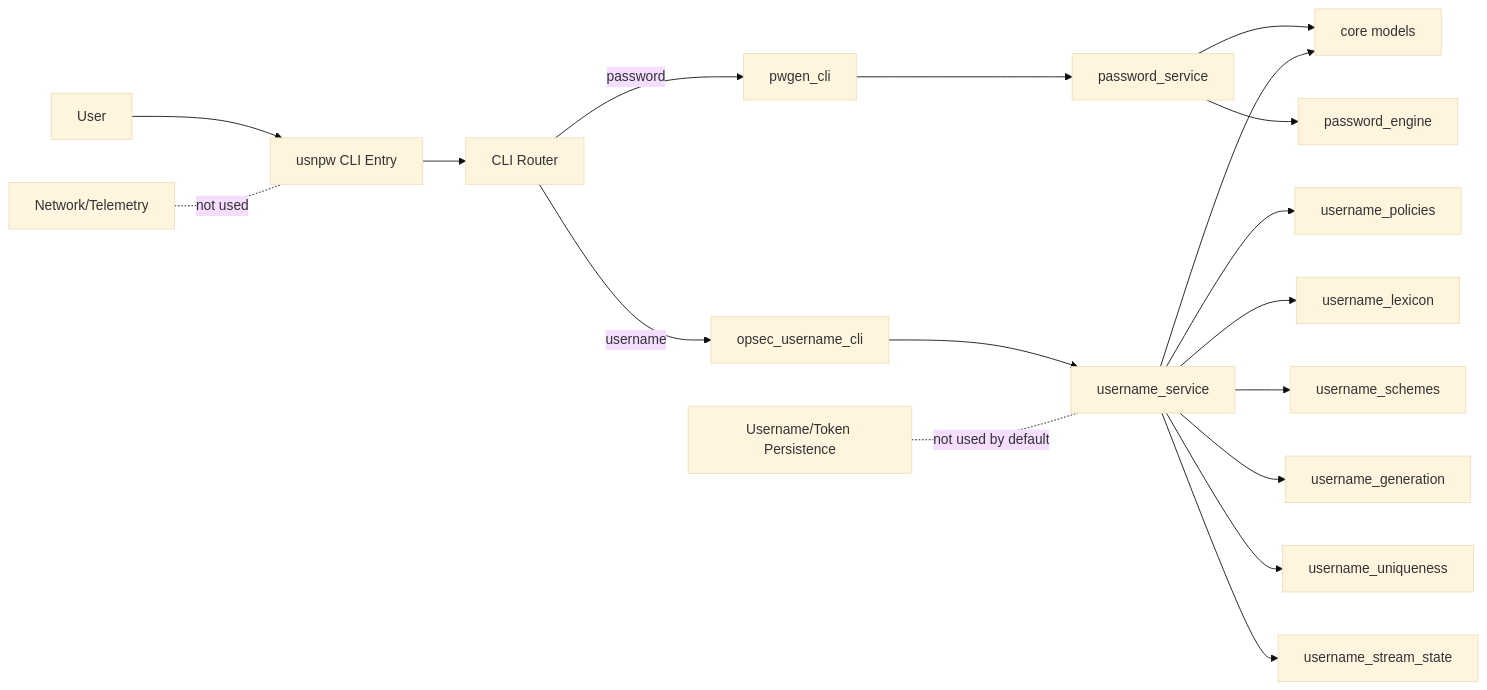
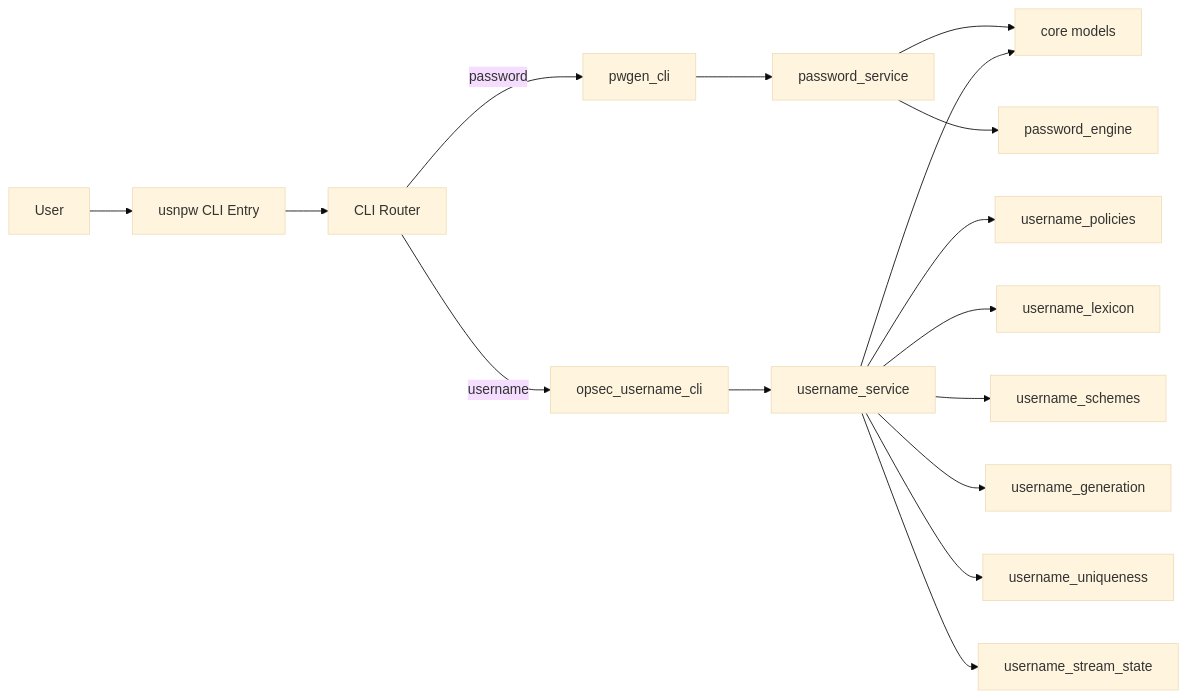
One commit to csysp/usnpw changed the diagram in docs/ARCHITECTURE.md. Above: the diagram before and after it, drawn with Mermaid (base theme).

Commit message:
Update architecture documentation to remove unused components
Removed unused components from architecture diagram.

````diff
--- a/docs/ARCHITECTURE.md
+++ b/docs/ARCHITECTURE.md
@@ -7,24 +7,22 @@
 ```mermaid
 flowchart LR
     U[User] --> C[usnpw CLI Entry]
     C --> R[CLI Router]
     R -->|password| PWCLI[pwgen_cli]
     R -->|username| UNCLI[opsec_username_cli]
 
     PWCLI --> PWSVC[password_service]
     UNCLI --> UNSVC[username_service]
 
     PWSVC --> MODELS[core models]
     UNSVC --> MODELS
 
     PWSVC --> PWENG[password_engine]
     UNSVC --> POL[username_policies]
     UNSVC --> LEX[username_lexicon]
     UNSVC --> SCH[username_schemes]
     UNSVC --> GEN[username_generation]
     UNSVC --> UNI[username_uniqueness]
     UNSVC --> STRM[username_stream_state]
 
-    NET[Network/Telemetry] -. not used .- C
-    DISK[Username/Token Persistence] -. not used by default .- UNSVC
 ```
````
